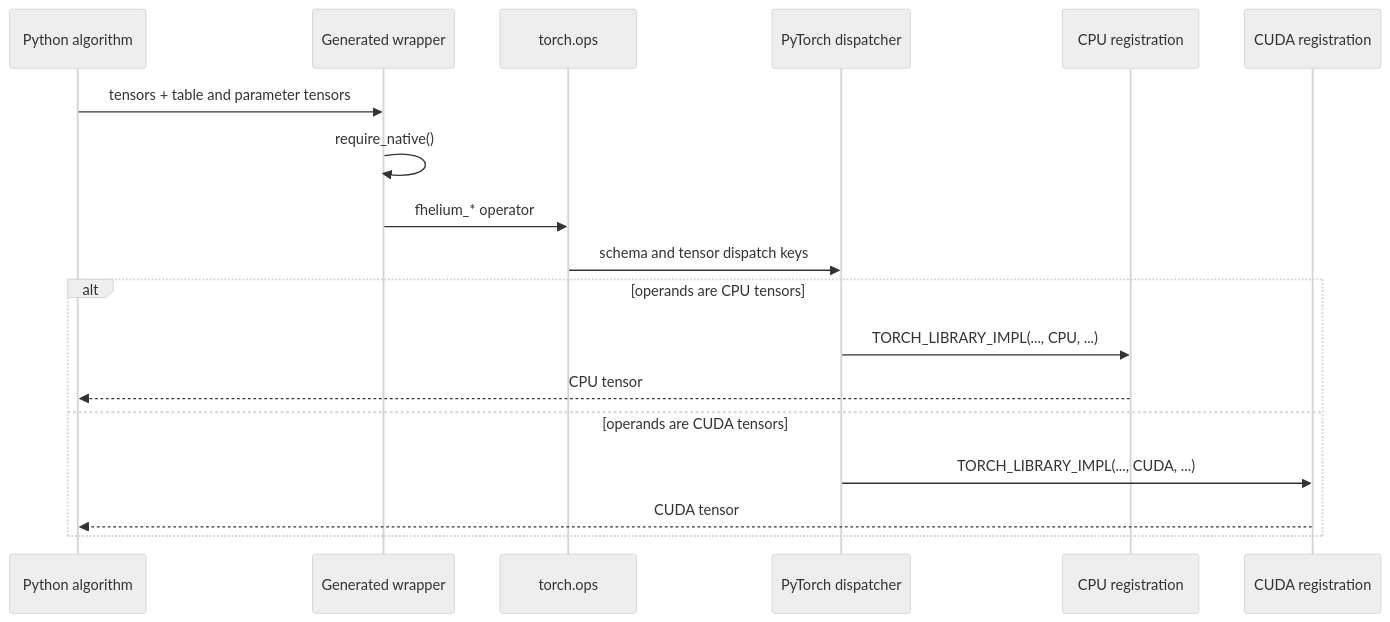
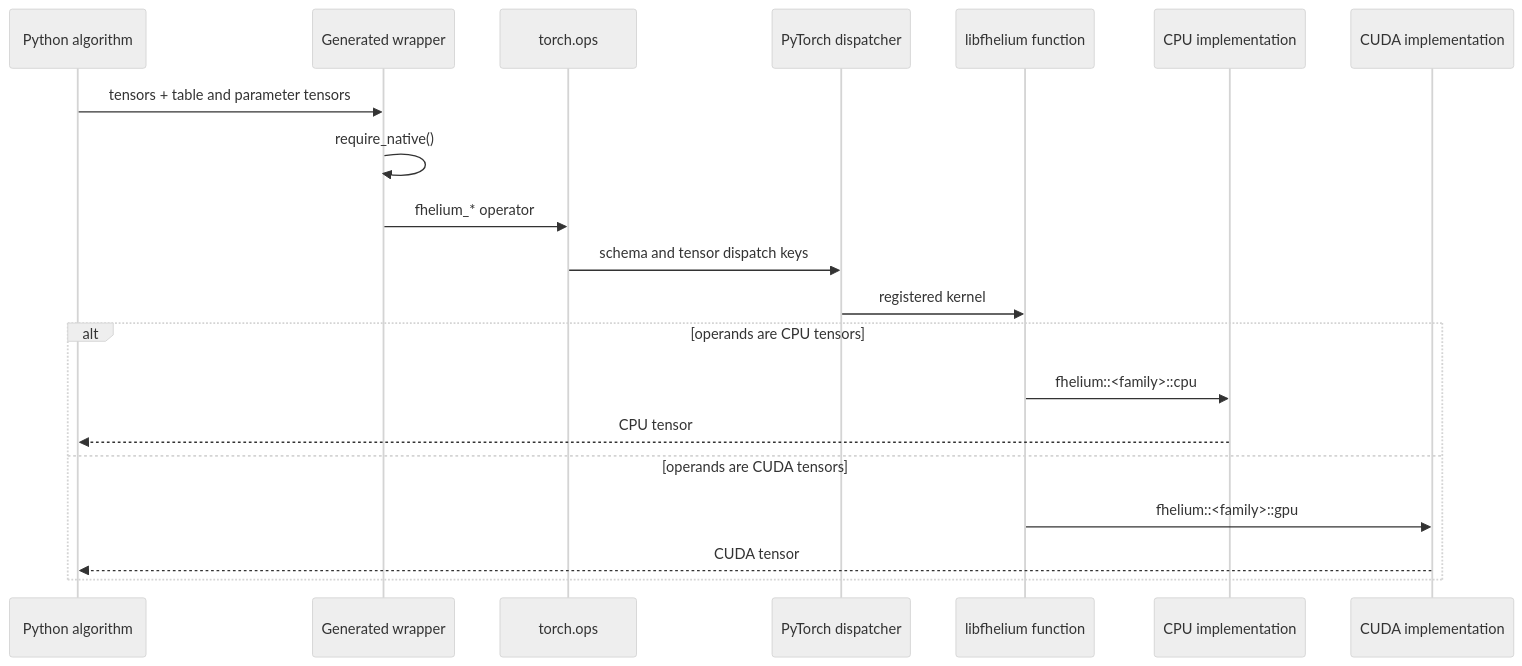
Before and after one commit to visualDust/fhelium: the second of 4 diagrams in docs/developer/engine-native-stack.md, drawn with Mermaid (neutral theme). The commit also changed other lines of this file and 83 other files, not shown here.

First line of the commit message:
Add libfhelium C++ library and API reference

````diff
--- a/docs/developer/engine-native-stack.md
+++ b/docs/developer/engine-native-stack.md
@@ -143,21 +152,23 @@
 ```mermaid
 sequenceDiagram
     participant Py as Python algorithm
     participant W as Generated wrapper
     participant O as torch.ops
     participant D as PyTorch dispatcher
-    participant C as CPU registration
-    participant G as CUDA registration
+    participant L as libfhelium function
+    participant C as CPU implementation
+    participant G as CUDA implementation
 
     Py->>W: tensors + table and parameter tensors
     W->>W: require_native()
     W->>O: fhelium_* operator
     O->>D: schema and tensor dispatch keys
+    D->>L: registered kernel
     alt operands are CPU tensors
-        D->>C: TORCH_LIBRARY_IMPL(..., CPU, ...)
+        L->>C: fhelium::<family>::cpu
         C-->>Py: CPU tensor
     else operands are CUDA tensors
-        D->>G: TORCH_LIBRARY_IMPL(..., CUDA, ...)
+        L->>G: fhelium::<family>::gpu
         G-->>Py: CUDA tensor
     end
 ```
````
